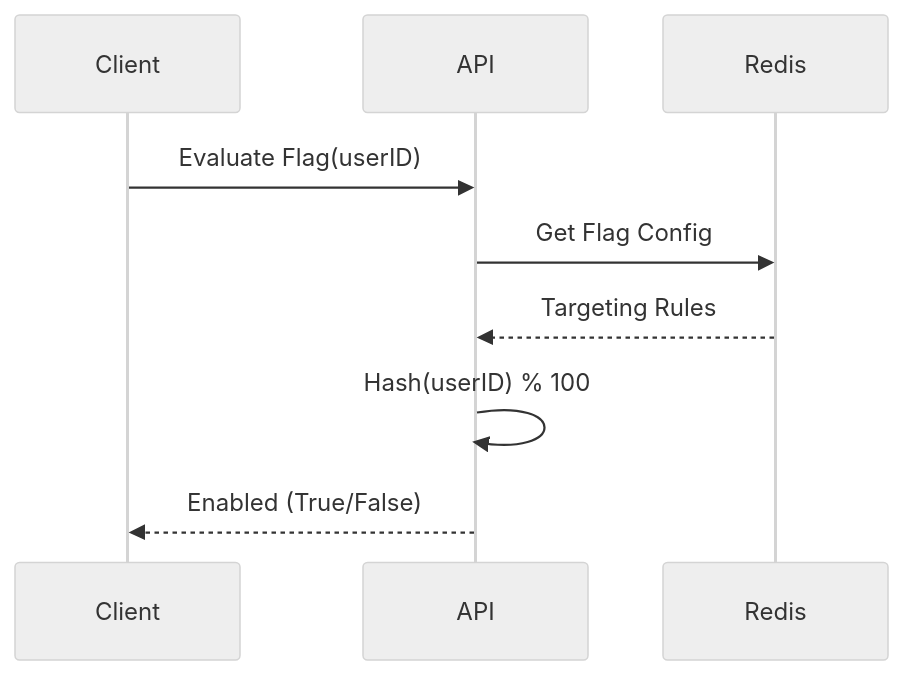
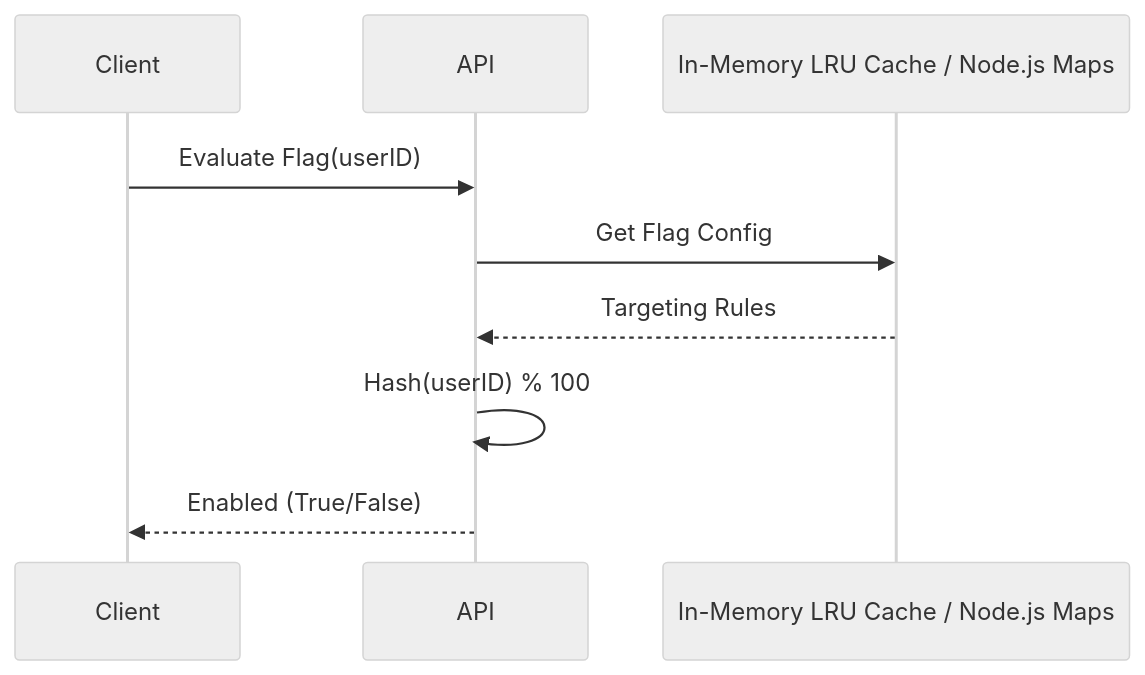
One commit to SumitDalavi/ai-feature-flag-system changed the diagram in docs/architecture.md. Above: the diagram before and after it, drawn with Mermaid (neutral theme). The commit also changed other lines of this file and 5 other files, not shown here.

Commit message:
docs: update architecture and READMEs to reflect independent embedded microservices

````diff
--- a/docs/architecture.md
+++ b/docs/architecture.md
@@ -6,8 +6,8 @@
 ```mermaid
 sequenceDiagram
     Client->>API: Evaluate Flag(userID)
-API->>Redis: Get Flag Config
-Redis-->>API: Targeting Rules
+API->>In-Memory LRU Cache / Node.js Maps: Get Flag Config
+In-Memory LRU Cache / Node.js Maps-->>API: Targeting Rules
 API->>API: Hash(userID) % 100
 API-->>Client: Enabled (True/False)
 ```
````
